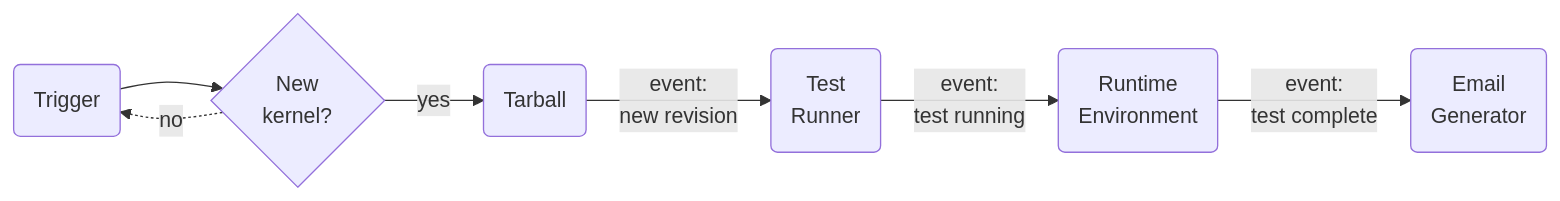
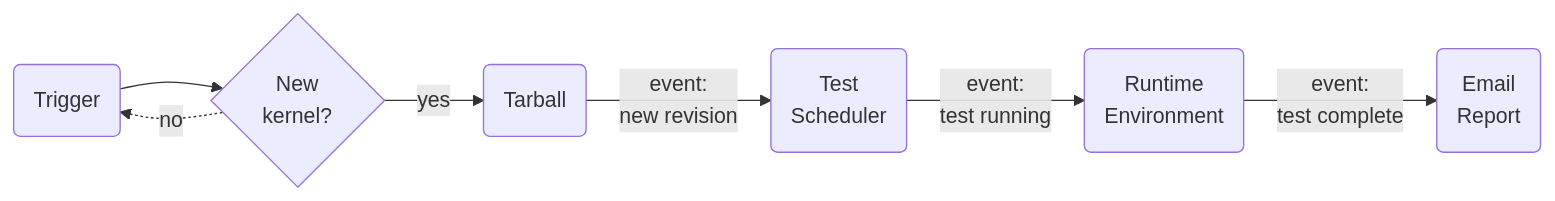
One commit to kernelci/kernelci-api changed the second of 2 diagrams in doc/design.md. Above: the diagram before and after it, drawn with Mermaid. The commit also changed other lines of this file, not shown here.

````diff
--- a/doc/design.md
+++ b/doc/design.md
@@ -84,9 +81,9 @@
 ```mermaid
 graph LR
   trigger(Trigger) --> new{New <br /> kernel?}
   new --> |yes| tarball(Tarball)
   new -.-> |no| trigger
-  tarball --> |event: <br /> new revision| runner(Test <br /> Runner)
-  runner --> |event: <br /> test running| runtime(Runtime <br /> Environment)
-  runtime --> |event: <br /> test complete| email(Email <br /> Generator)
+  tarball --> |event: <br /> new revision| scheduler(Test <br /> Scheduler)
+  scheduler --> |event: <br /> test running| runtime(Runtime <br /> Environment)
+  runtime --> |event: <br /> test complete| email(Email <br /> Report)
 ```
````
